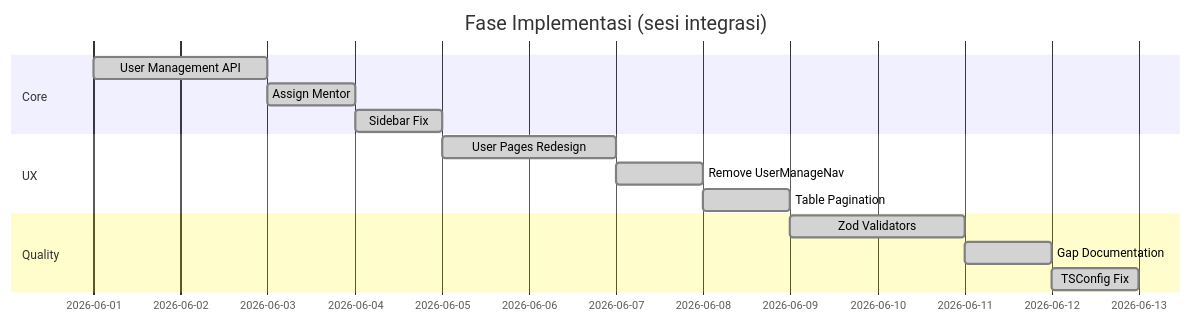
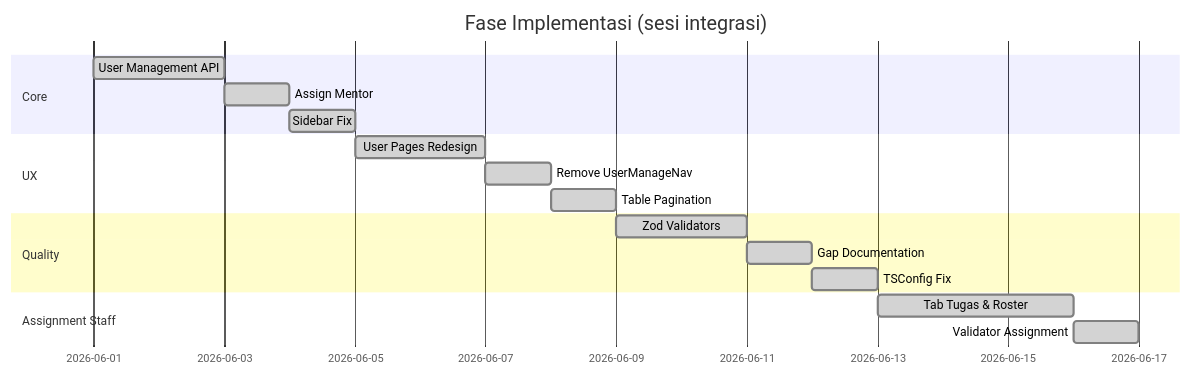
The diagram in frontend-react/src/docs/progress/implementation-log.md (Dinus-Open-Source-Community/web-DU), drawn with Mermaid before and after one commit. The commit also changed other lines of this file and 75 other files, not shown here.

````diff
--- a/frontend-react/src/docs/progress/implementation-log.md
+++ b/frontend-react/src/docs/progress/implementation-log.md
@@ -223,17 +286,20 @@
 ```mermaid
 gantt
   title Fase Implementasi (sesi integrasi)
   dateFormat YYYY-MM-DD
   section Core
     User Management API     :done, f1, 2026-06-01, 2d
     Assign Mentor           :done, f2, after f1, 1d
     Sidebar Fix             :done, f3, after f2, 1d
   section UX
     User Pages Redesign     :done, f4, after f3, 2d
     Remove UserManageNav    :done, f5, after f4, 1d
     Table Pagination        :done, f6, after f5, 1d
   section Quality
     Zod Validators          :done, f7, after f6, 2d
     Gap Documentation       :done, f8, after f7, 1d
     TSConfig Fix            :done, f9, after f8, 1d
+  section Assignment Staff
+    Tab Tugas & Roster      :done, f11, after f9, 3d
+    Validator Assignment    :done, f12, after f11, 1d
 ```
````
